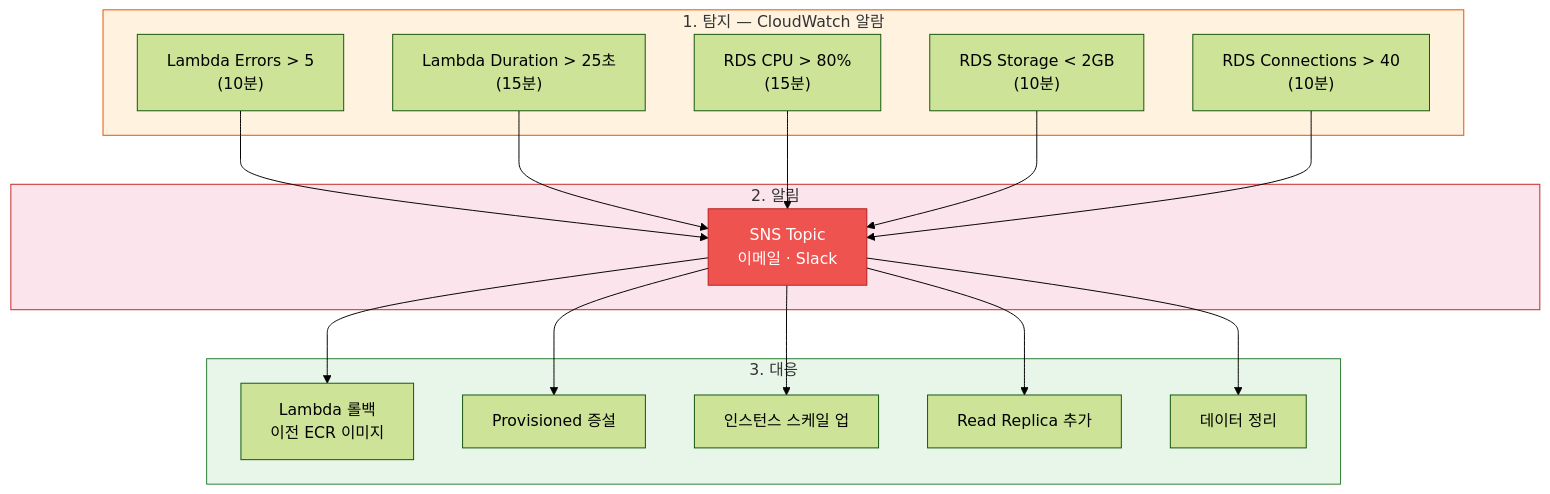
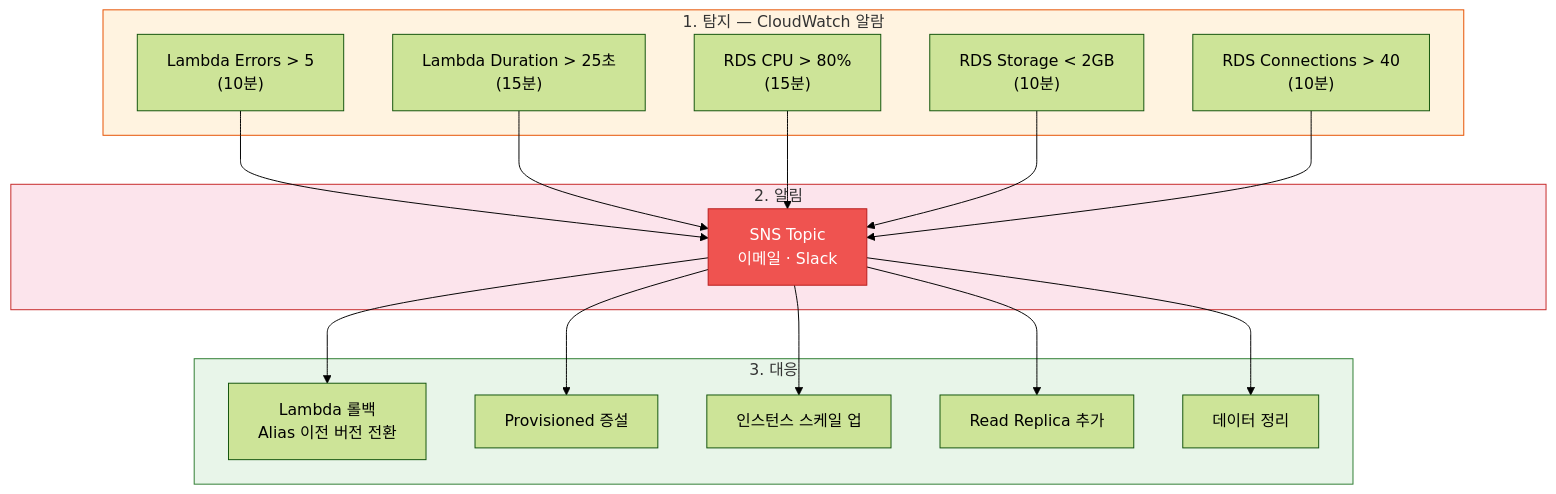
Before and after one commit to revenantonthemission/2-cho-community-infra: diagram 18 of 18 in report.md, drawn with Mermaid (forest theme). The commit also changed other lines of this file and 1 other file, not shown here.

````diff
--- a/report.md
+++ b/report.md
@@ -951,39 +952,39 @@
 ```mermaid
 flowchart TD
     subgraph Detect["1. 탐지 — CloudWatch 알람"]
         Lambda_Err["Lambda Errors > 5<br/>(10분)"]
         Lambda_Dur["Lambda Duration > 25초<br/>(15분)"]
         RDS_CPU["RDS CPU > 80%<br/>(15분)"]
         RDS_Storage["RDS Storage < 2GB<br/>(10분)"]
         RDS_Conn["RDS Connections > 40<br/>(10분)"]
     end
 
     subgraph Alert["2. 알림"]
         SNS["SNS Topic<br/>이메일 · Slack"]
     end
 
     subgraph Response["3. 대응"]
-        Lambda_Roll["Lambda 롤백<br/>이전 ECR 이미지"]
+        Lambda_Roll["Lambda 롤백<br/>Alias 이전 버전 전환"]
         Lambda_Scale["Provisioned 증설"]
         RDS_Scale["인스턴스 스케일 업"]
         RDS_Read["Read Replica 추가"]
         RDS_Clean["데이터 정리"]
     end
 
     Lambda_Err --> SNS
     Lambda_Dur --> SNS
     RDS_CPU --> SNS
     RDS_Storage --> SNS
     RDS_Conn --> SNS
 
     SNS --> Lambda_Roll
     SNS --> Lambda_Scale
     SNS --> RDS_Scale
     SNS --> RDS_Clean
     SNS --> RDS_Read
 
     style Detect fill:#fff3e0,stroke:#e65100
     style Alert fill:#fce4ec,stroke:#c62828
     style Response fill:#e8f5e9,stroke:#2e7d32
     style SNS fill:#ef5350,color:#fff,stroke:#b71c1c
 ```
````
